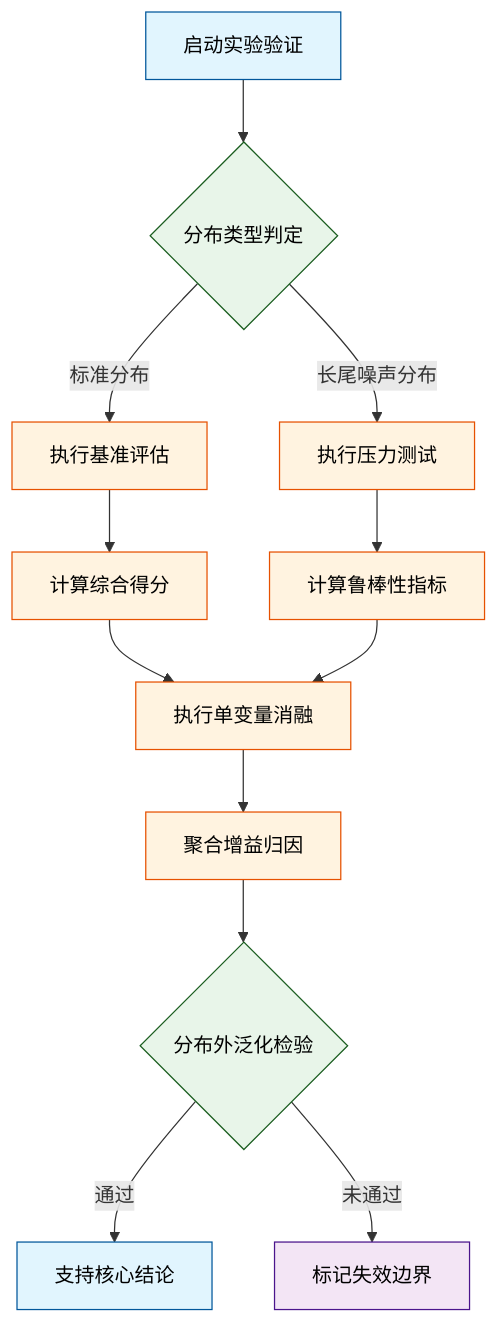
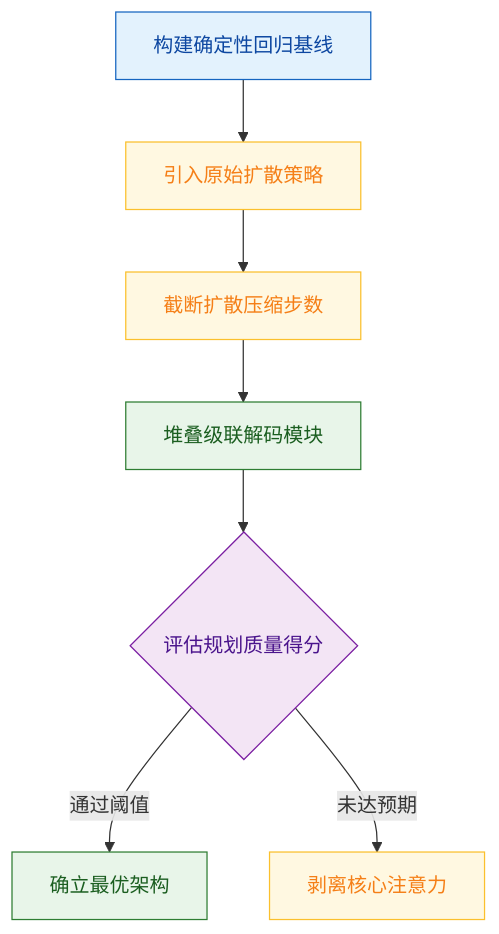
Before and after one commit to ShinewineW/paper-rolling: the fifth of 10 diagrams in person_vault/2026-06-08_DiffusionDrive_2411.15139/report.md, drawn with Mermaid. The commit also changed other lines of this file and 51 other files, not shown here.

````diff
--- a/person_vault/2026-06-08_DiffusionDrive_2411.15139/report.md
+++ b/person_vault/2026-06-08_DiffusionDrive_2411.15139/report.md
@@ -230,19 +269,14 @@
 ```mermaid
 flowchart TD
-    classDef start fill:#e1f5fe,stroke:#01579b,color:#000;
-    classDef process fill:#fff3e0,stroke:#e65100,color:#000;
-    classDef decision fill:#e8f5e9,stroke:#1b5e20,color:#000;
-    classDef data fill:#f3e5f5,stroke:#4a148c,color:#000;
+  classDef base fill:#e3f2fd,color:#0d47a1,stroke:#1565c0
+  classDef step fill:#fff8e1,color:#f57f17,stroke:#fbc02d
+  classDef final fill:#e8f5e9,color:#1b5e20,stroke:#2e7d32
+  classDef check fill:#f3e5f5,color:#4a148c,stroke:#7b1fa2
 
-    start_node["启动实验验证"]:::start --> split_check{分布类型判定}:::decision
-    split_check -->|标准分布| std_eval["执行基准评估"]:::process
-    split_check -->|长尾噪声分布| tail_eval["执行压力测试"]:::process
-    std_eval --> metric_calc["计算综合得分"]:::process
-    tail_eval --> robust_calc["计算鲁棒性指标"]:::process
-    metric_calc --> ablation_run["执行单变量消融"]:::process
-    robust_calc --> ablation_run
-    ablation_run --> result_agg["聚合增益归因"]:::process
-    result_agg --> ood_test{分布外泛化检验}:::decision
-    ood_test -->|通过| claim_valid["支持核心结论"]:::start
-    ood_test -->|未通过| boundary_flag["标记失效边界"]:::data
+  start_node["构建确定性回归基线"]:::base --> dp_node["引入原始扩散策略"]:::step
+  dp_node --> td_node["截断扩散压缩步数"]:::step
+  td_node --> cascade_node["堆叠级联解码模块"]:::final
+  cascade_node --> eval_node{评估规划质量得分}:::check
+  eval_node -->|通过阈值| result_node["确立最优架构"]:::final
+  eval_node -->|未达预期| ablation_node["剥离核心注意力"]:::step
 ```
````
